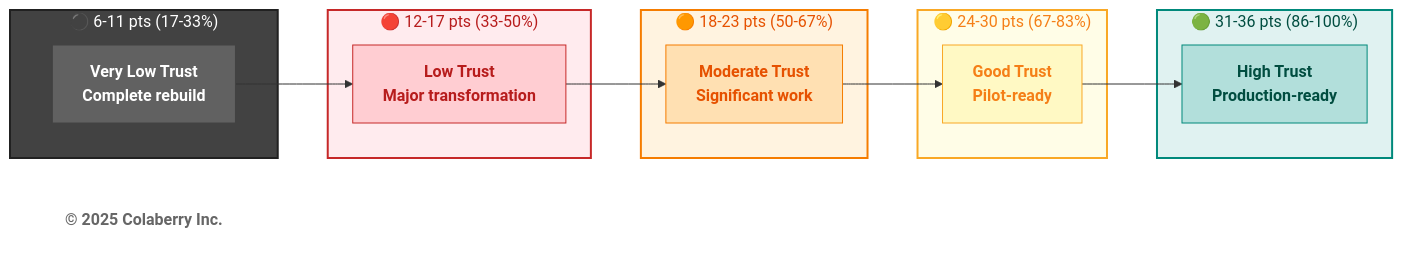
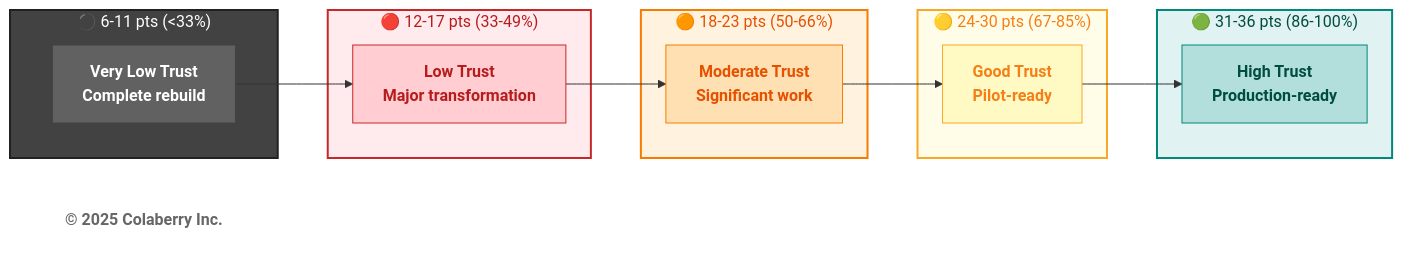
The third of 6 diagrams in manuscript/10_chapter_9_measuring_agent_readiness.md (saitejesh-cyber/trust-before-intelligence-book), drawn with Mermaid before and after one commit. The commit also changed other lines of this file and 2 other files, not shown here.

````diff
--- a/manuscript/10_chapter_9_measuring_agent_readiness.md
+++ b/manuscript/10_chapter_9_measuring_agent_readiness.md
@@ -190,38 +190,38 @@
 ```mermaid
 graph LR
-    subgraph VERYLOW["⚫ 6-11 pts (17-33%)"]
+    subgraph VERYLOW["⚫ 6-11 pts (<33%)"]
         VL["<b>Very Low Trust</b><br/><b>Complete rebuild</b>"]
     end
     
-    subgraph LOW["🔴 12-17 pts (33-50%)"]
+    subgraph LOW["🔴 12-17 pts (33-49%)"]
         L["<b>Low Trust</b><br/><b>Major transformation</b>"]
     end
     
-    subgraph MOD["🟠 18-23 pts (50-67%)"]
+    subgraph MOD["🟠 18-23 pts (50-66%)"]
         M["<b>Moderate Trust</b><br/><b>Significant work</b>"]
     end
     
-    subgraph GOOD["🟡 24-30 pts (67-83%)"]
+    subgraph GOOD["🟡 24-30 pts (67-85%)"]
         G["<b>Good Trust</b><br/><b>Pilot-ready</b>"]
     end
     
     subgraph HIGH["🟢 31-36 pts (86-100%)"]
         H["<b>High Trust</b><br/><b>Production-ready</b>"]
     end
     
     VL --> L --> M --> G --> H
     
     Copyright["<b>© 2025 Colaberry Inc.</b>"]
     
     style VERYLOW fill:#424242,stroke:#212121,stroke-width:2px,color:#ffffff
     style LOW fill:#ffebee,stroke:#c62828,stroke-width:2px,color:#b71c1c
     style MOD fill:#fff3e0,stroke:#f57c00,stroke-width:2px,color:#e65100
     style GOOD fill:#fffde7,stroke:#f9a825,stroke-width:2px,color:#f57f17
     style HIGH fill:#e0f2f1,stroke:#00897b,stroke-width:2px,color:#004d40
     style VL fill:#616161,stroke:#424242,color:#ffffff
     style L fill:#ffcdd2,stroke:#c62828,color:#b71c1c
     style M fill:#ffe0b2,stroke:#f57c00,color:#e65100
     style G fill:#fff9c4,stroke:#f9a825,color:#f57f17
     style H fill:#b2dfdb,stroke:#00897b,color:#004d40
     style Copyright fill:#ffffff,stroke:none,color:#666666
 ```
````
